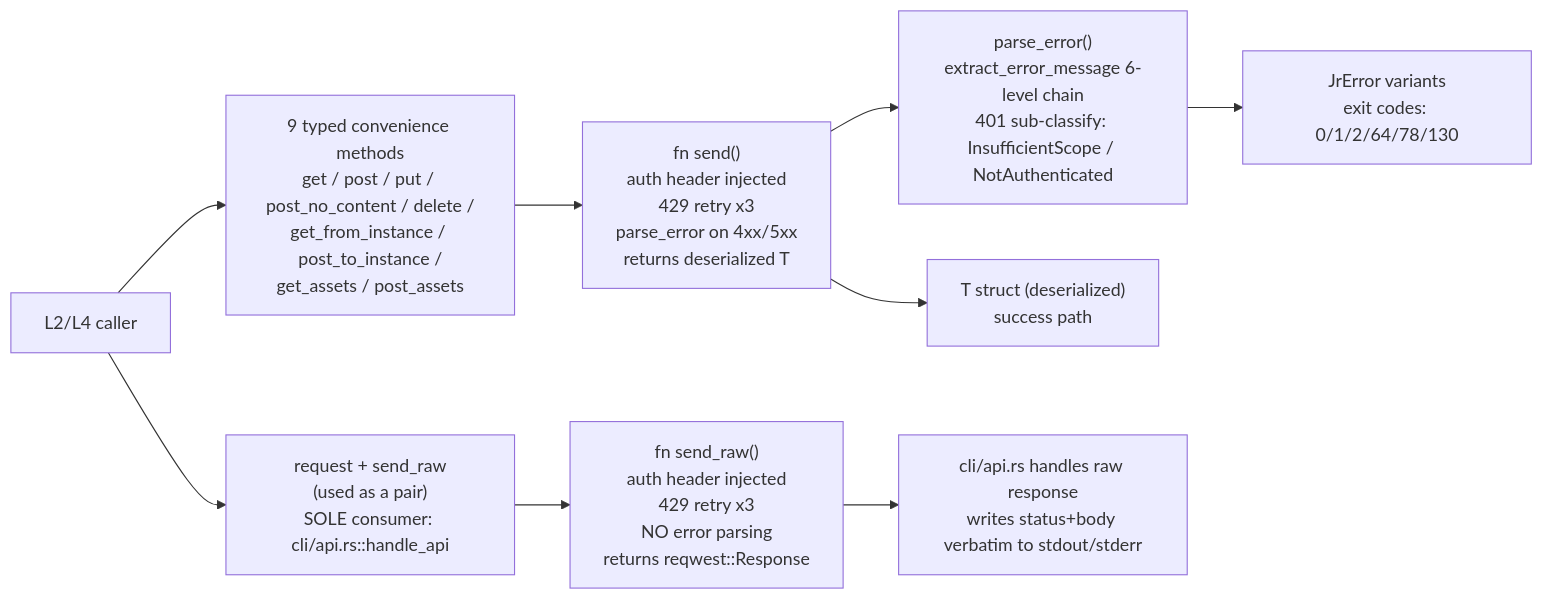
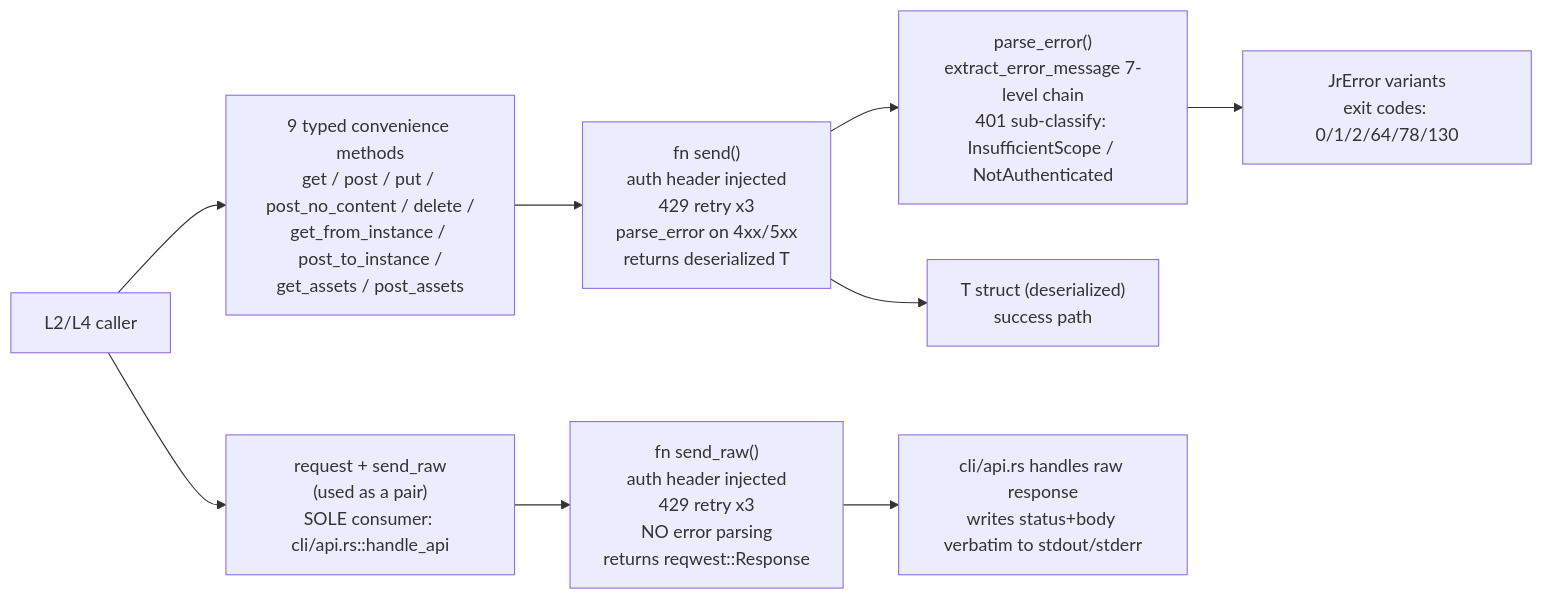
Before and after one commit to Zious11/jira-cli: the second of 2 diagrams in architecture/component-graph.md, drawn with Mermaid. The commit also changed 6 other files, not shown here.

````diff
--- a/architecture/component-graph.md
+++ b/architecture/component-graph.md
@@ -123,16 +123,16 @@
 ```mermaid
 flowchart LR
     Caller["L2/L4 caller"]
 
     Caller --> Conv["9 typed convenience methods\nget / post / put / post_no_content / delete /\nget_from_instance / post_to_instance /\nget_assets / post_assets"]
     Caller --> RawPair["request + send_raw\n(used as a pair)\nSOLE consumer: cli/api.rs::handle_api"]
 
     Conv --> Send["fn send()\nauth header injected\n429 retry x3\nparse_error on 4xx/5xx\nreturns deserialized T"]
     RawPair --> SendRaw["fn send_raw()\nauth header injected\n429 retry x3\nNO error parsing\nreturns reqwest::Response"]
 
-    Send --> ParseError["parse_error()\nextract_error_message 6-level chain\n401 sub-classify: InsufficientScope / NotAuthenticated"]
+    Send --> ParseError["parse_error()\nextract_error_message 7-level chain\n401 sub-classify: InsufficientScope / NotAuthenticated"]
 
     ParseError --> JrError["JrError variants\nexit codes: 0/1/2/64/78/130"]
     SendRaw --> RawCaller["cli/api.rs handles raw response\nwrites status+body verbatim to stdout/stderr"]
     Send --> TypedResult["T struct (deserialized)\nsuccess path"]
 ```
````
